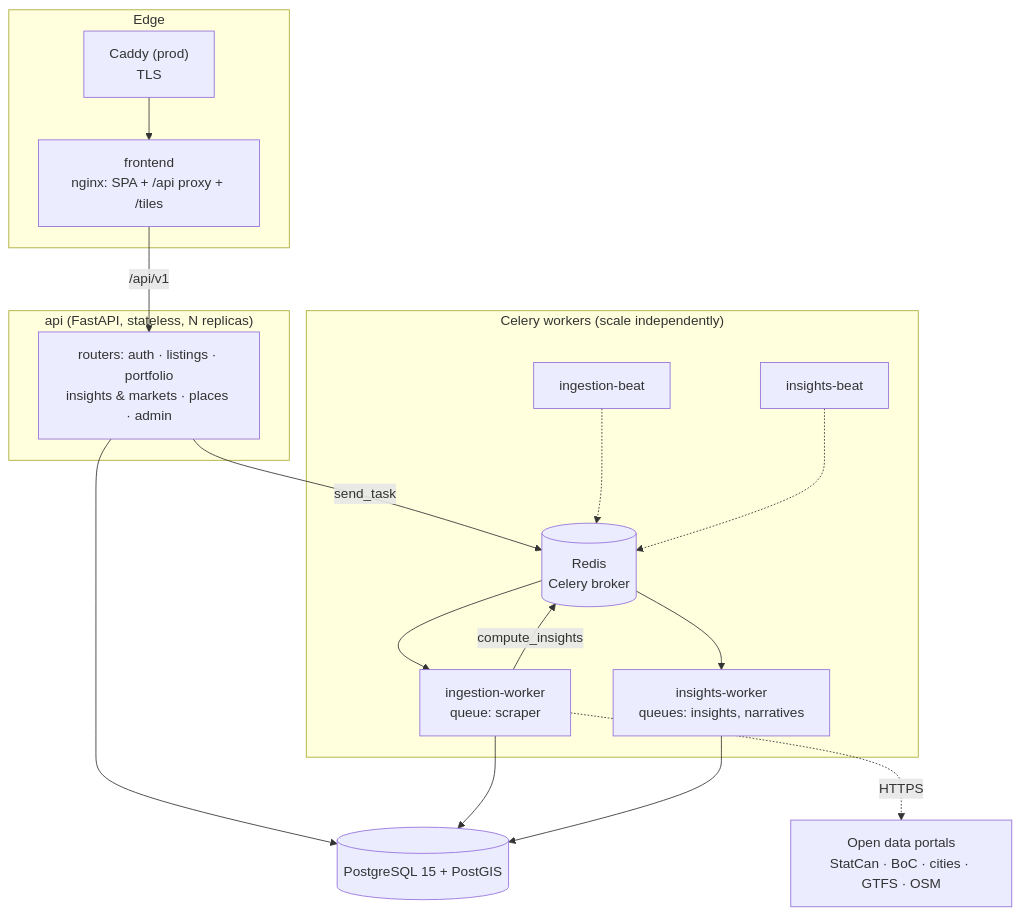
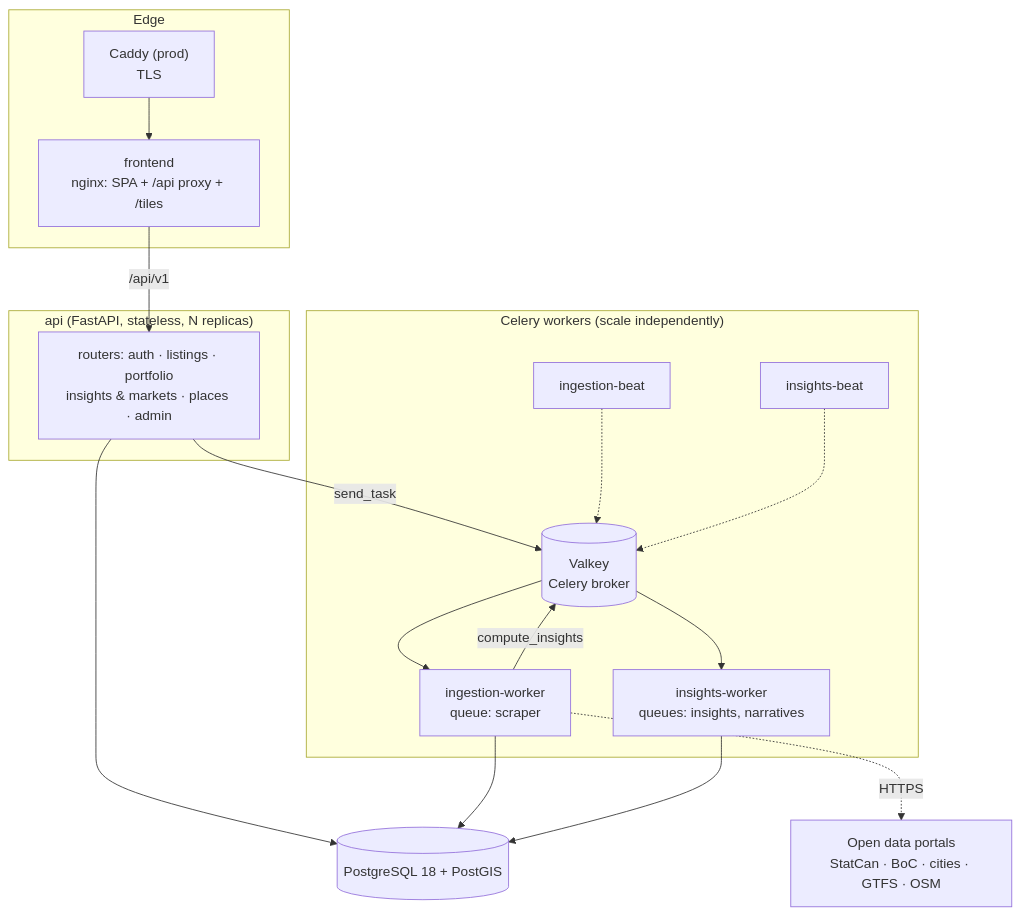
The first of 2 diagrams in docs/architecture/overview.md (e-choness/NeighborIQ), drawn with Mermaid before and after one commit. The commit also changed other lines of this file and 39 other files, not shown here.

````diff
--- a/docs/architecture/overview.md
+++ b/docs/architecture/overview.md
@@ -5,26 +5,26 @@
 ```mermaid
 flowchart TB
     subgraph edge["Edge"]
         Caddy["Caddy (prod)<br/>TLS"] --> Web["frontend<br/>nginx: SPA + /api proxy + /tiles"]
     end
     Web -->|/api/v1| API
 
     subgraph api["api (FastAPI, stateless, N replicas)"]
         API["routers: auth · listings · portfolio<br/>insights & markets · places · admin"]
     end
 
-    API --> PG[("PostgreSQL 15 + PostGIS")]
-    API -->|send_task| Redis[("Redis<br/>Celery broker")]
+    API --> PG[("PostgreSQL 18 + PostGIS")]
+    API -->|send_task| Redis[("Valkey<br/>Celery broker")]
 
     subgraph workers["Celery workers (scale independently)"]
         IW["ingestion-worker<br/>queue: scraper"]
         AW["insights-worker<br/>queues: insights, narratives"]
         IB["ingestion-beat"] -.-> Redis
         AB["insights-beat"] -.-> Redis
     end
     Redis --> IW & AW
     IW --> PG
     AW --> PG
     IW -->|compute_insights| Redis
     IW -. HTTPS .-> OD["Open data portals<br/>StatCan · BoC · cities · GTFS · OSM"]
 ```
````
